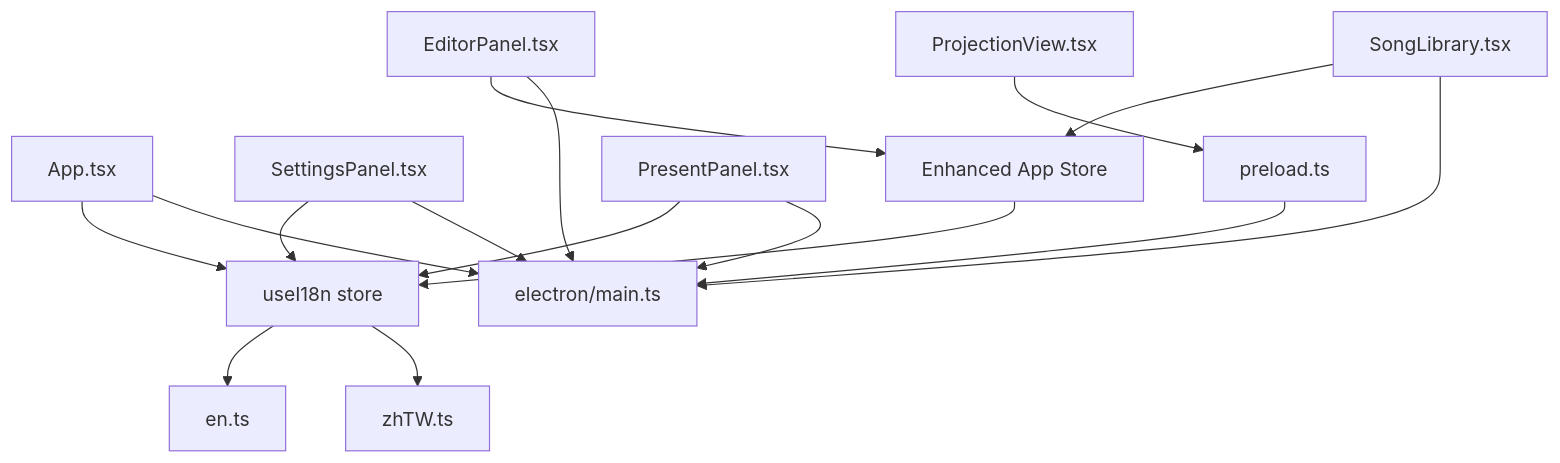
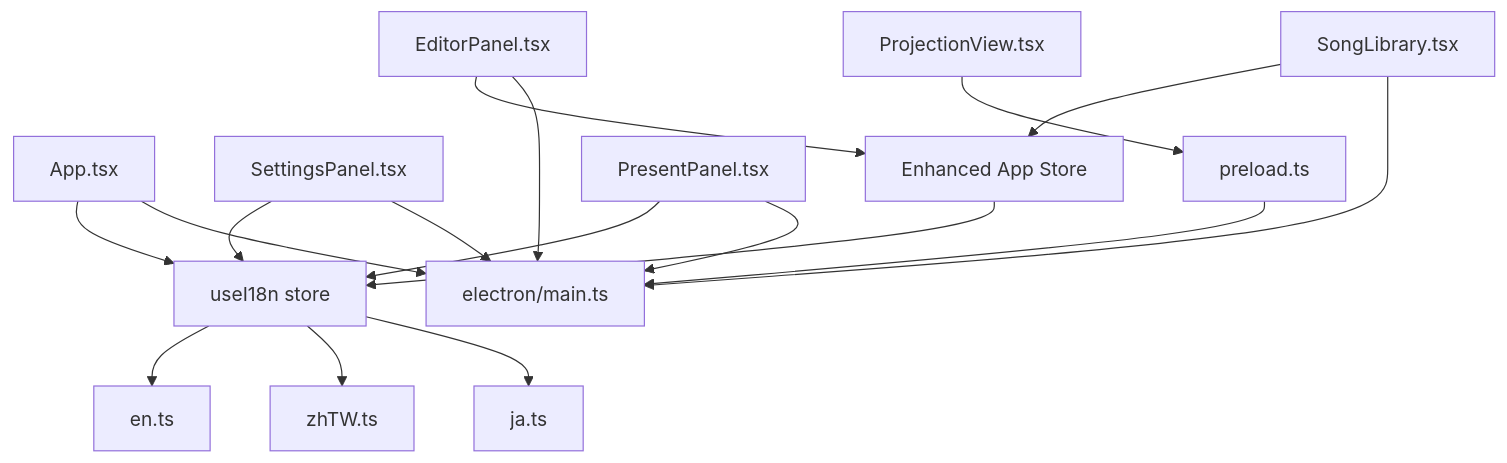
Before and after one commit to jimmywyk/lyricdeck: the sixth of 6 diagrams in .qoder/repowiki/en/content/Internationalization.md, drawn with Mermaid. The commit also changed other lines of this file and 11 other files, not shown here.

````diff
--- a/.qoder/repowiki/en/content/Internationalization.md
+++ b/.qoder/repowiki/en/content/Internationalization.md
@@ -439,18 +576,19 @@
 ```mermaid
 graph TB
 Store["useI18n store"] --> En["en.ts"]
 Store --> ZhTW["zhTW.ts"]
+Store --> Ja["ja.ts"]
 App["App.tsx"] --> Store
 Settings["SettingsPanel.tsx"] --> Store
 Projection["ProjectionView.tsx"] --> Preload["preload.ts"]
 Present["PresentPanel.tsx"] --> Store
 Preload --> MainProc["electron/main.ts"]
 Editor["EditorPanel.tsx"] --> AppStore["Enhanced App Store"]
 Library["SongLibrary.tsx"] --> AppStore
 AppStore --> Store
 App --> MainProc
 Settings --> MainProc
 Present --> MainProc
 Editor --> MainProc
 Library --> MainProc
 ```
````
